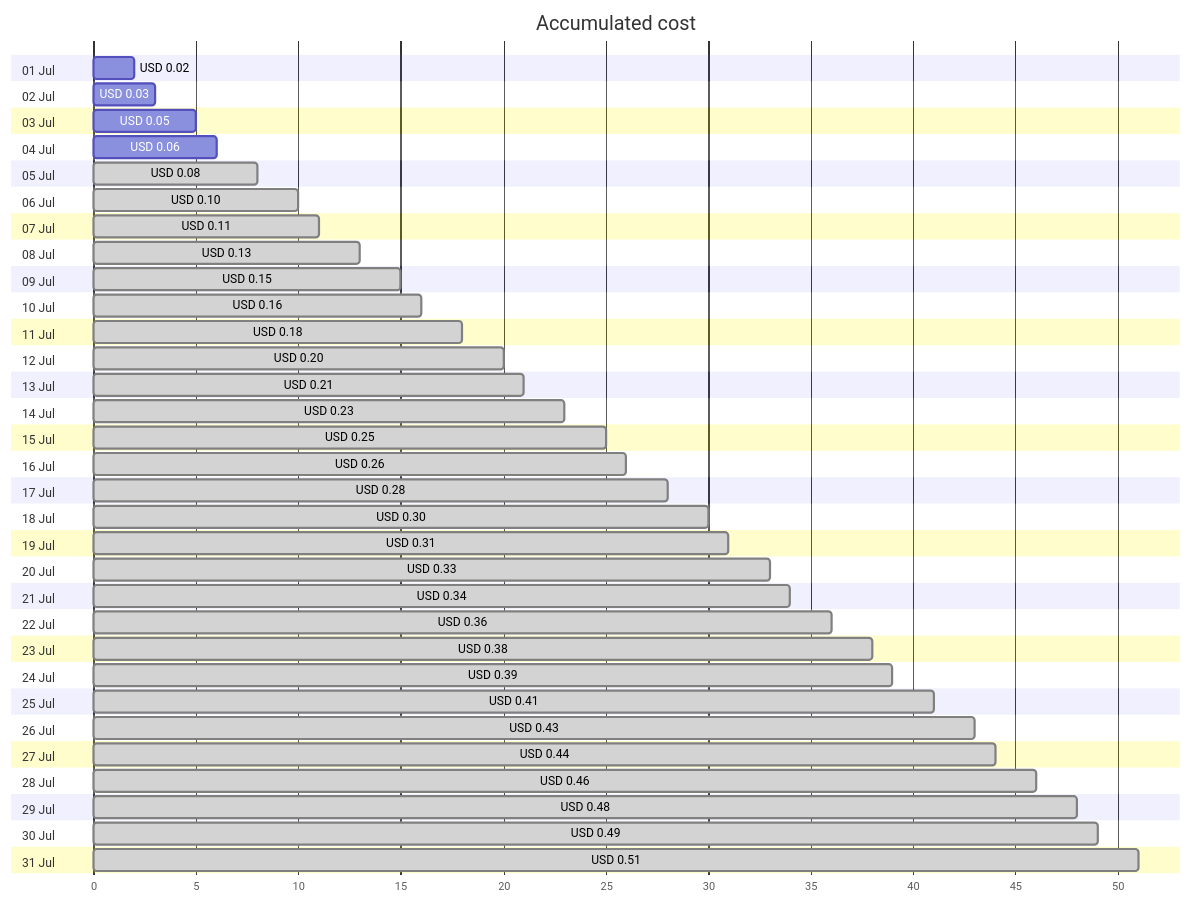
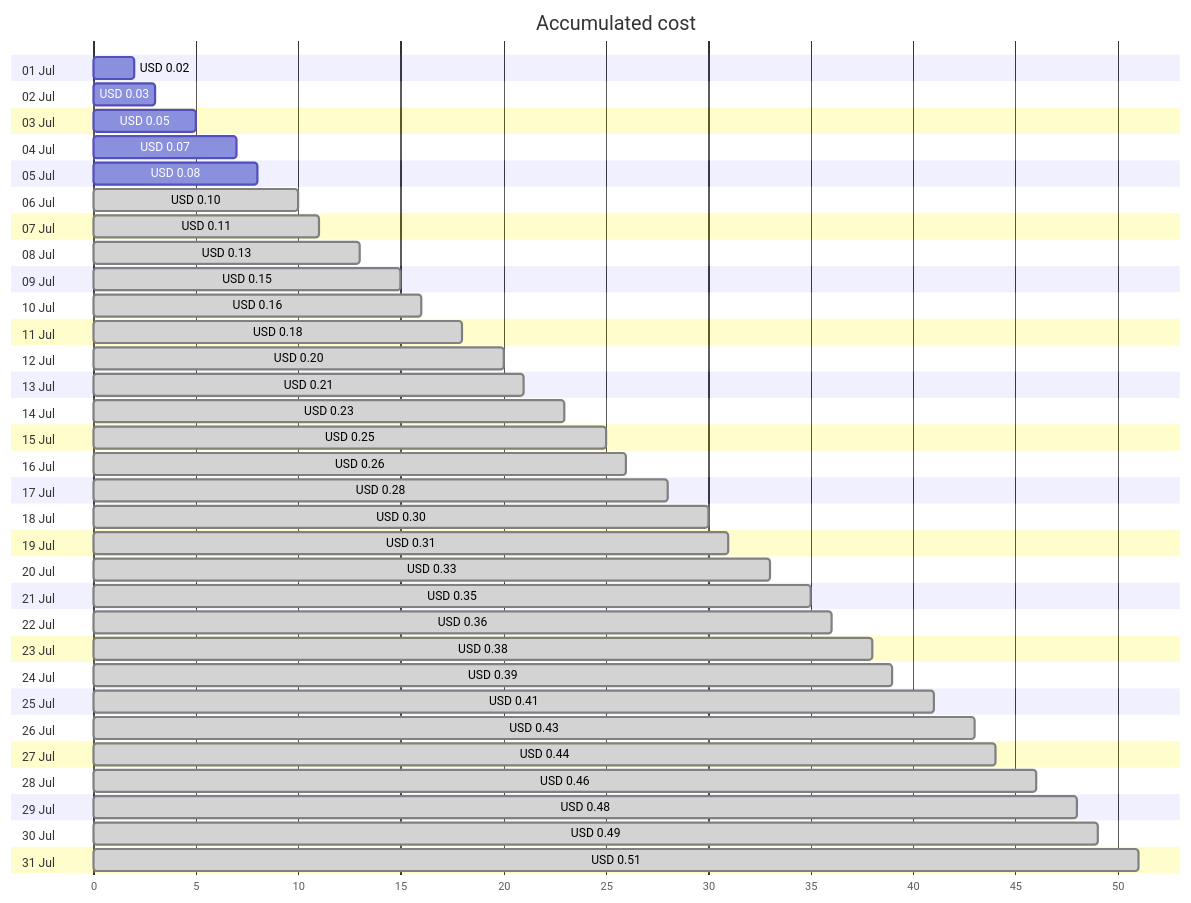
The first of 4 diagrams in cost-reports/personal-dns/jpatrickfulton.dev.md (jpfulton/azure-personal-reports), drawn with Mermaid before and after one commit. The commit also changed other lines of this file and 2 other files, not shown here.

````diff
--- a/cost-reports/personal-dns/jpatrickfulton.dev.md
+++ b/cost-reports/personal-dns/jpatrickfulton.dev.md
@@ -20,68 +20,68 @@
 ```mermaid
 gantt
    title Accumulated cost
    dateFormat  X
    axisFormat %s
    section 01 Jul
    USD 0.02 :0, 2
    section 02 Jul
    USD 0.03 :0, 3
    section 03 Jul
    USD 0.05 :0, 5
    section 04 Jul
-   USD 0.06 :0, 6
+   USD 0.07 :0, 7
    section 05 Jul
-   USD 0.08 : done, 0, 8
+   USD 0.08 :0, 8
    section 06 Jul
    USD 0.10 : done, 0, 10
    section 07 Jul
    USD 0.11 : done, 0, 11
    section 08 Jul
    USD 0.13 : done, 0, 13
    section 09 Jul
    USD 0.15 : done, 0, 15
    section 10 Jul
    USD 0.16 : done, 0, 16
    section 11 Jul
    USD 0.18 : done, 0, 18
    section 12 Jul
    USD 0.20 : done, 0, 20
    section 13 Jul
    USD 0.21 : done, 0, 21
    section 14 Jul
    USD 0.23 : done, 0, 23
    section 15 Jul
    USD 0.25 : done, 0, 25
    section 16 Jul
    USD 0.26 : done, 0, 26
    section 17 Jul
    USD 0.28 : done, 0, 28
    section 18 Jul
    USD 0.30 : done, 0, 30
    section 19 Jul
    USD 0.31 : done, 0, 31
    section 20 Jul
    USD 0.33 : done, 0, 33
    section 21 Jul
-   USD 0.34 : done, 0, 34
+   USD 0.35 : done, 0, 35
    section 22 Jul
    USD 0.36 : done, 0, 36
    section 23 Jul
    USD 0.38 : done, 0, 38
    section 24 Jul
    USD 0.39 : done, 0, 39
    section 25 Jul
    USD 0.41 : done, 0, 41
    section 26 Jul
    USD 0.43 : done, 0, 43
    section 27 Jul
    USD 0.44 : done, 0, 44
    section 28 Jul
    USD 0.46 : done, 0, 46
    section 29 Jul
    USD 0.48 : done, 0, 48
    section 30 Jul
    USD 0.49 : done, 0, 49
    section 31 Jul
    USD 0.51 : done, 0, 51
 ```
````
